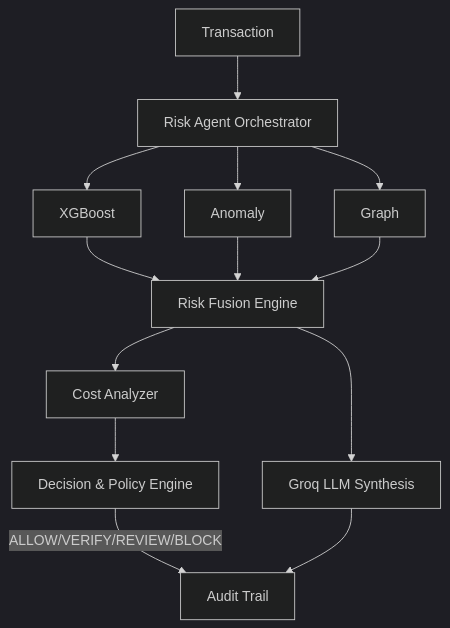
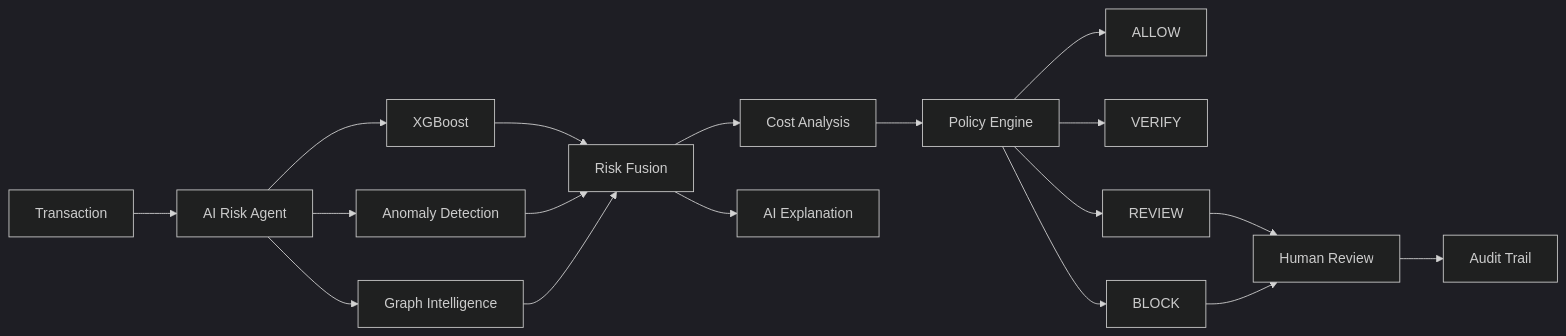
Before and after one commit to Kriti-kumari221/AI_Risk: the diagram in README.md, drawn with Mermaid (dark theme). The commit also changed other lines of this file, not shown here.

````diff
--- a/README.md
+++ b/README.md
@@ -23,9 +13,27 @@
 ```mermaid
-graph TD
-    TX[Transaction] --> AG[Risk Agent Orchestrator]
-    AG --> XGB[XGBoost] & AN[Anomaly] & GR[Graph]
-    XGB & AN & GR --> FU[Risk Fusion Engine]
-    FU --> CO[Cost Analyzer] --> DE[Decision & Policy Engine]
-    DE -->|ALLOW/VERIFY/REVIEW/BLOCK| AU[Audit Trail]
-    FU --> LLM[Groq LLM Synthesis] --> AU
+flowchart LR
+
+A[Transaction] --> B[AI Risk Agent]
+
+B --> C[XGBoost]
+B --> D[Anomaly Detection]
+B --> E[Graph Intelligence]
+
+C --> F[Risk Fusion]
+D --> F
+E --> F
+
+F --> G[Cost Analysis]
+G --> H[Policy Engine]
+
+H --> I[ALLOW]
+H --> J[VERIFY]
+H --> K[REVIEW]
+H --> L[BLOCK]
+
+K --> M[Human Review]
+L --> M
+
+F --> N[AI Explanation]
+M --> O[Audit Trail]
 ```
````
